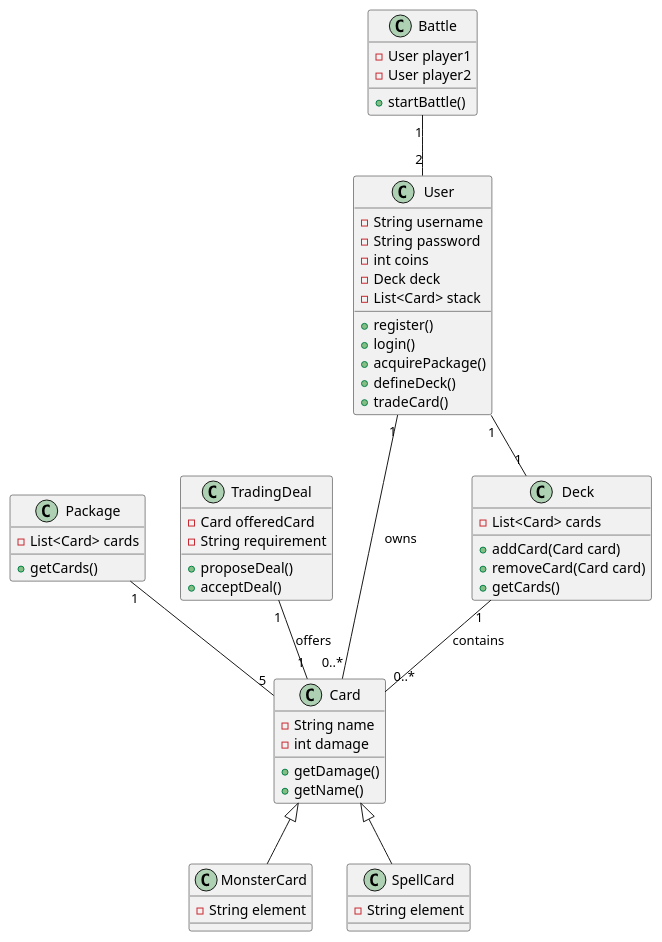
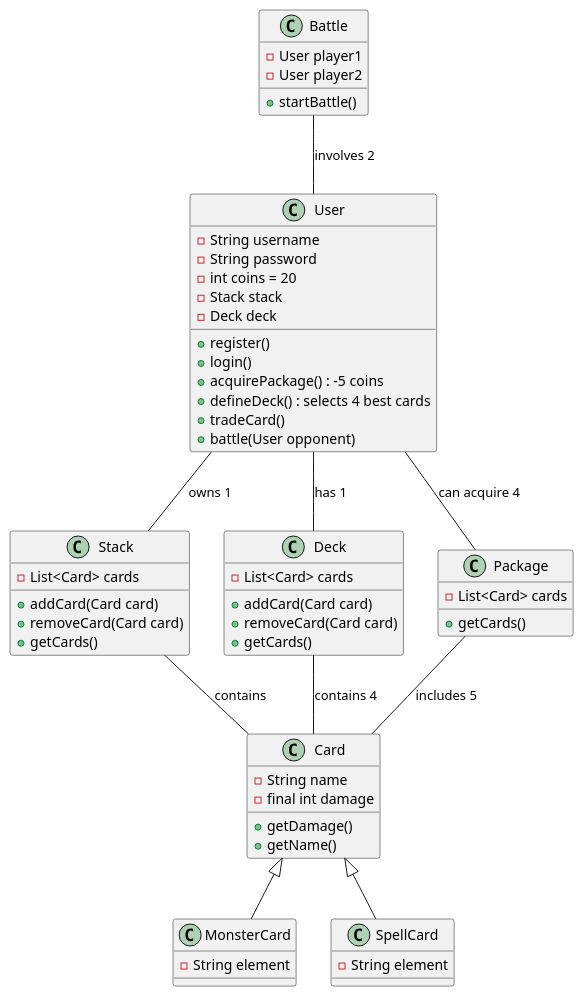
One commit to if23b066/SWEN1_SemesterProjekt changed the diagram in MTCGServer/src/main/docs/uml/mtcg_classes.puml. Above: the diagram before and after it, drawn with PlantUML. The commit also changed 1 other file, not shown here.

Commit message:
UML und database bissi

```diff
--- a/MTCGServer/src/main/docs/uml/mtcg_classes.puml
+++ b/MTCGServer/src/main/docs/uml/mtcg_classes.puml
@@ -1,61 +1,65 @@
 @startuml
+
 class User {
     - String username
     - String password
-    - int coins
+    - int coins = 20
+    - Stack stack
     - Deck deck
-    - List<Card> stack
     + register()
     + login()
-    + acquirePackage()
-    + defineDeck()
+    + acquirePackage() : -5 coins
+    + defineDeck() : selects 4 best cards
     + tradeCard()
+    + battle(User opponent)
 }
 
 class Card {
     - String name
-    - int damage
+    - final int damage
     + getDamage()
     + getName()
 }
 
 class MonsterCard extends Card {
     - String element
 }
 
 class SpellCard extends Card {
     - String element
+}
+
+class Stack {
+    - List<Card> cards
+    + addCard(Card card)
+    + removeCard(Card card)
+    + getCards()
 }
 
 class Deck {
     - List<Card> cards
     + addCard(Card card)
     + removeCard(Card card)
     + getCards()
 }
 
 class Package {
     - List<Card> cards
     + getCards()
 }
 
 class Battle {
     - User player1
     - User player2
     + startBattle()
 }
 
-class TradingDeal {
-    - Card offeredCard
-    - String requirement
-    + proposeDeal()
-    + acceptDeal()
-}
+User -- Stack : "owns 1"
+User -- Deck : "has 1"
+User -- Package : "can acquire 4"
+Stack -- Card : "contains"
+Deck -- Card : "contains 4"
+Package -- Card : "includes 5"
+Battle -- User : "involves 2"
 
-User "1" -- "1" Deck
-User "1" -- "0..*" Card : "owns"
-Deck "1" -- "0..*" Card : "contains"
-Package "1" -- "5" Card
-Battle "1" -- "2" User
-TradingDeal "1" -- "1" Card : "offers"
 @enduml
```
